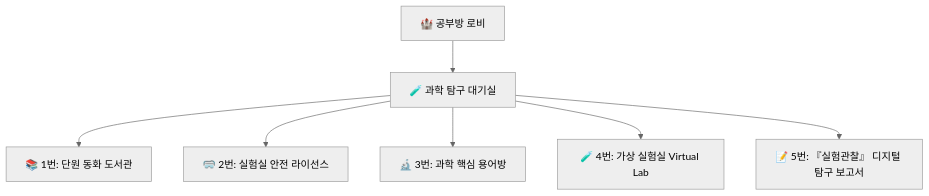
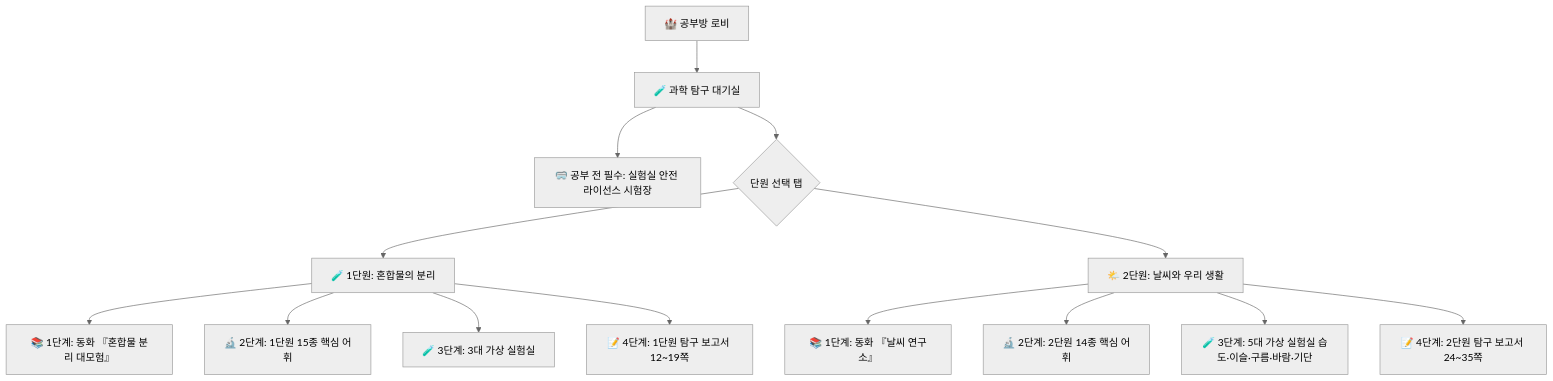
One commit to awslike6-web/kids-school changed the diagram in docs/science_spec.md. Above: the diagram before and after it, drawn with Mermaid (neutral theme). The commit also changed other lines of this file and 3 other files, not shown here.

Commit message:
feat(science): 과학 탐구실 안전 선행 학습 게이트 독립 배치 및 단원별 묶음(1단원 혼합물 / 2단원 날씨 5대 실험실) 전면 개편

````diff
--- a/docs/science_spec.md
+++ b/docs/science_spec.md
@@ -17,10 +17,20 @@
 ```mermaid
 graph TD
     Lobby[🏰 공부방 로비] --> Science[🧪 과학 탐구 대기실]
     
-    Science --> S1[📚 1번: 단원 동화 도서관]
-    Science --> S2[🥽 2번: 실험실 안전 라이선스]
-    Science --> S3[🔬 3번: 과학 핵심 용어방]
-    Science --> S4[🧪 4번: 가상 실험실 Virtual Lab]
-    Science --> S5[📝 5번: 『실험관찰』 디지털 탐구 보고서]
+    Science --> Safety[🥽 공부 전 필수: 실험실 안전 라이선스 시험장]
+    
+    Science --> UnitTabs{단원 선택 탭}
+    
+    UnitTabs --> U1[🧪 1단원: 혼합물의 분리]
+    U1 --> U1_S1[📚 1단계: 동화 『혼합물 분리 대모험』]
+    U1 --> U1_S2[🔬 2단계: 1단원 15종 핵심 어휘]
+    U1 --> U1_S3[🧪 3단계: 3대 가상 실험실]
+    U1 --> U1_S4[📝 4단계: 1단원 탐구 보고서 12~19쪽]
+
+    UnitTabs --> U2[🌤️ 2단원: 날씨와 우리 생활]
+    U2 --> U2_S1[📚 1단계: 동화 『날씨 연구소』]
+    U2 --> U2_S2[🔬 2단계: 2단원 14종 핵심 어휘]
+    U2 --> U2_S3[🧪 3단계: 5대 가상 실험실 습도·이슬·구름·바람·기단]
+    U2 --> U2_S4[📝 4단계: 2단원 탐구 보고서 24~35쪽]
 ```
````
